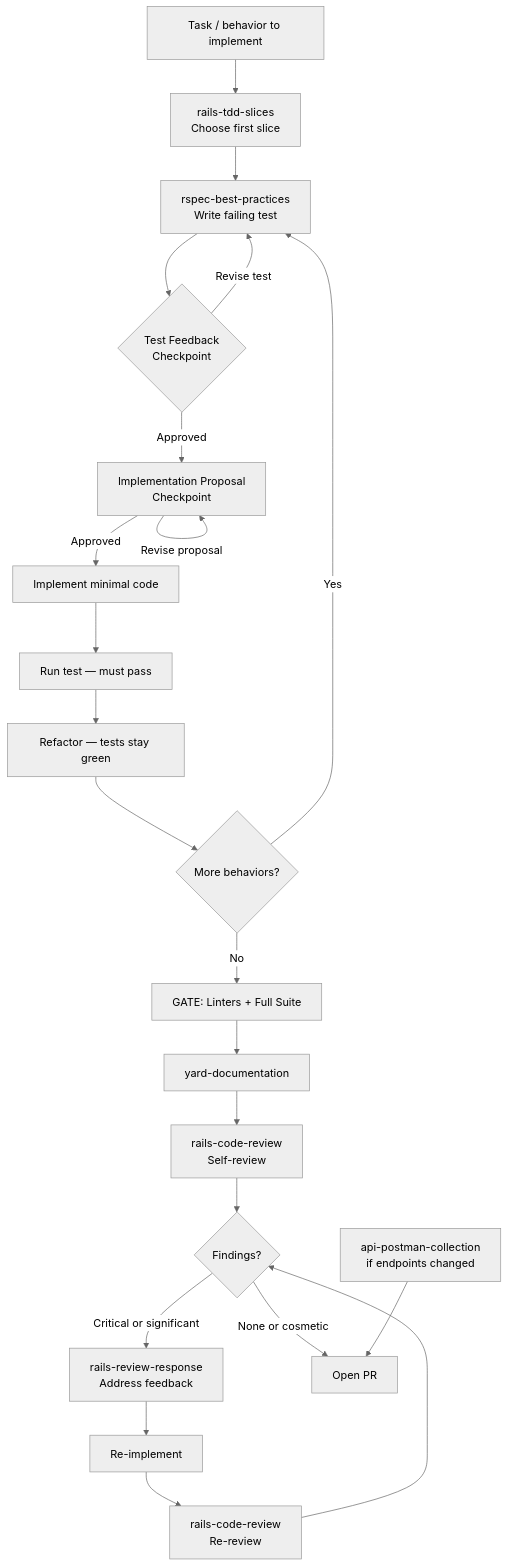
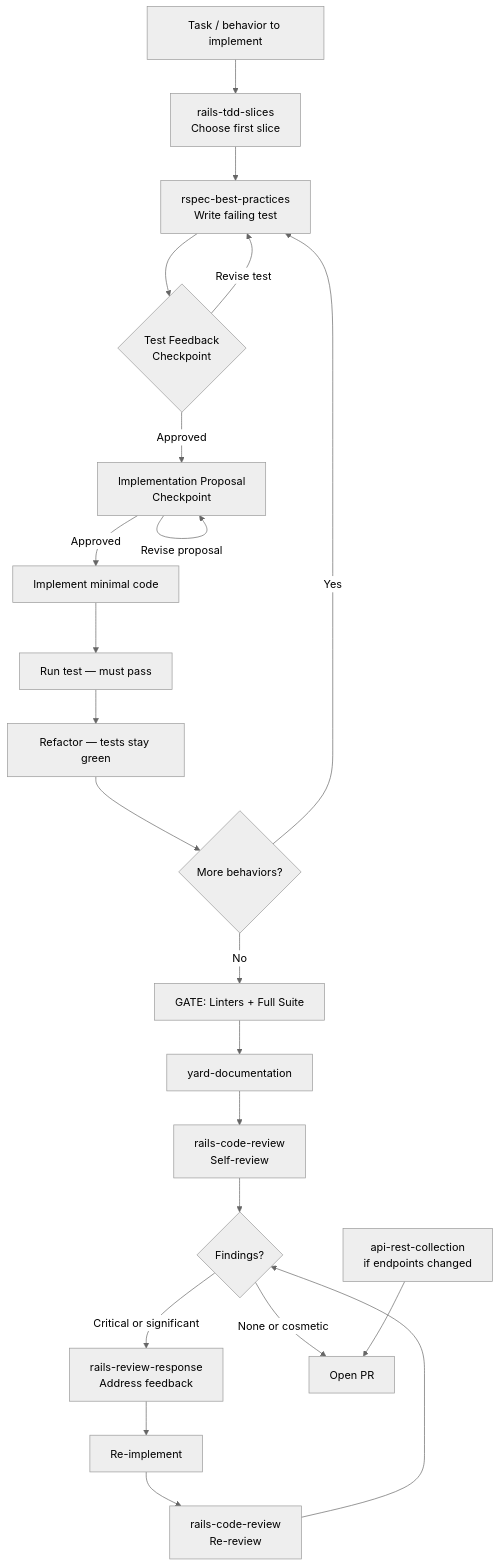
Before and after one commit to igmarin/my-RoR-personal-skills: the first of 15 diagrams in docs/workflow-guide.md, drawn with Mermaid (neutral theme). The commit also changed other lines of this file and 26 other files, not shown here.

````diff
--- a/docs/workflow-guide.md
+++ b/docs/workflow-guide.md
@@ -112,24 +153,24 @@
 ```mermaid
 flowchart TD
     A[Task / behavior to implement] --> B[rails-tdd-slices\nChoose first slice]
     B --> C[rspec-best-practices\nWrite failing test]
     C --> D{Test Feedback\nCheckpoint}
     D -->|Approved| E[Implementation Proposal\nCheckpoint]
     D -->|Revise test| C
     E -->|Approved| F[Implement minimal code]
     E -->|Revise proposal| E
     F --> G[Run test — must pass]
     G --> H[Refactor — tests stay green]
     H --> I{More behaviors?}
     I -->|Yes| C
     I -->|No| J["GATE: Linters + Full Suite"]
     J --> K[yard-documentation]
     K --> L[rails-code-review\nSelf-review]
     L --> M{Findings?}
     M -->|Critical or significant| N[rails-review-response\nAddress feedback]
     N --> O[Re-implement]
     O --> P[rails-code-review\nRe-review]
     P --> M
     M -->|None or cosmetic| Q[Open PR]
-    K2[api-postman-collection\nif endpoints changed] --> Q
+    K2[api-rest-collection\nif endpoints changed] --> Q
 ```
````
